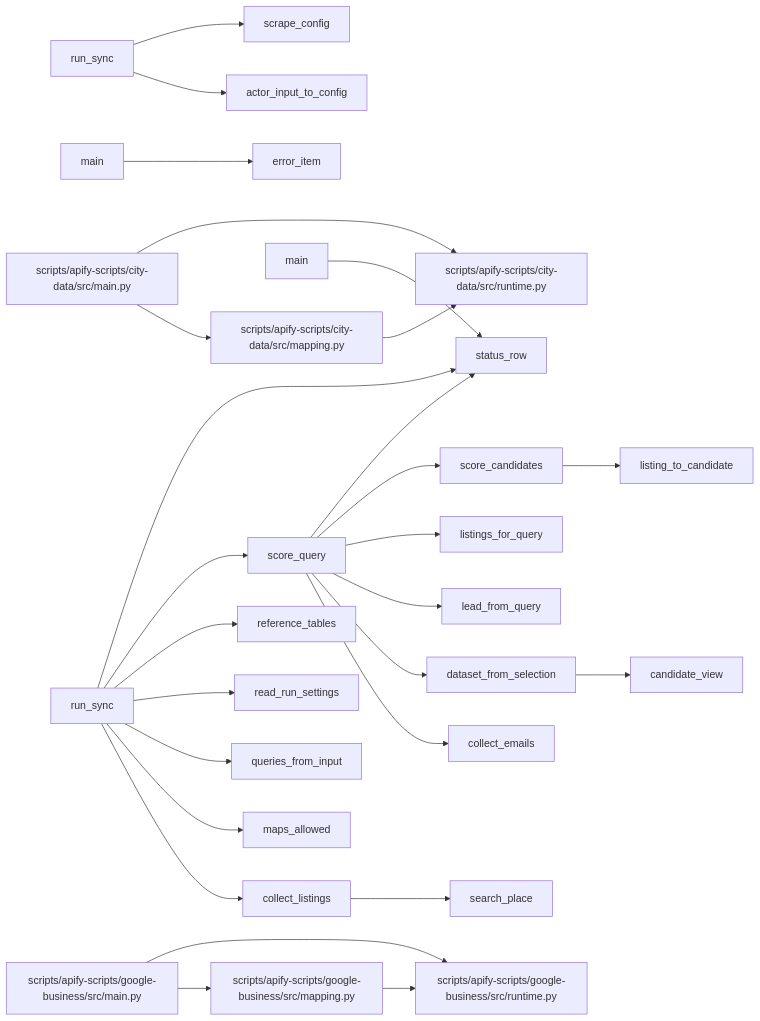
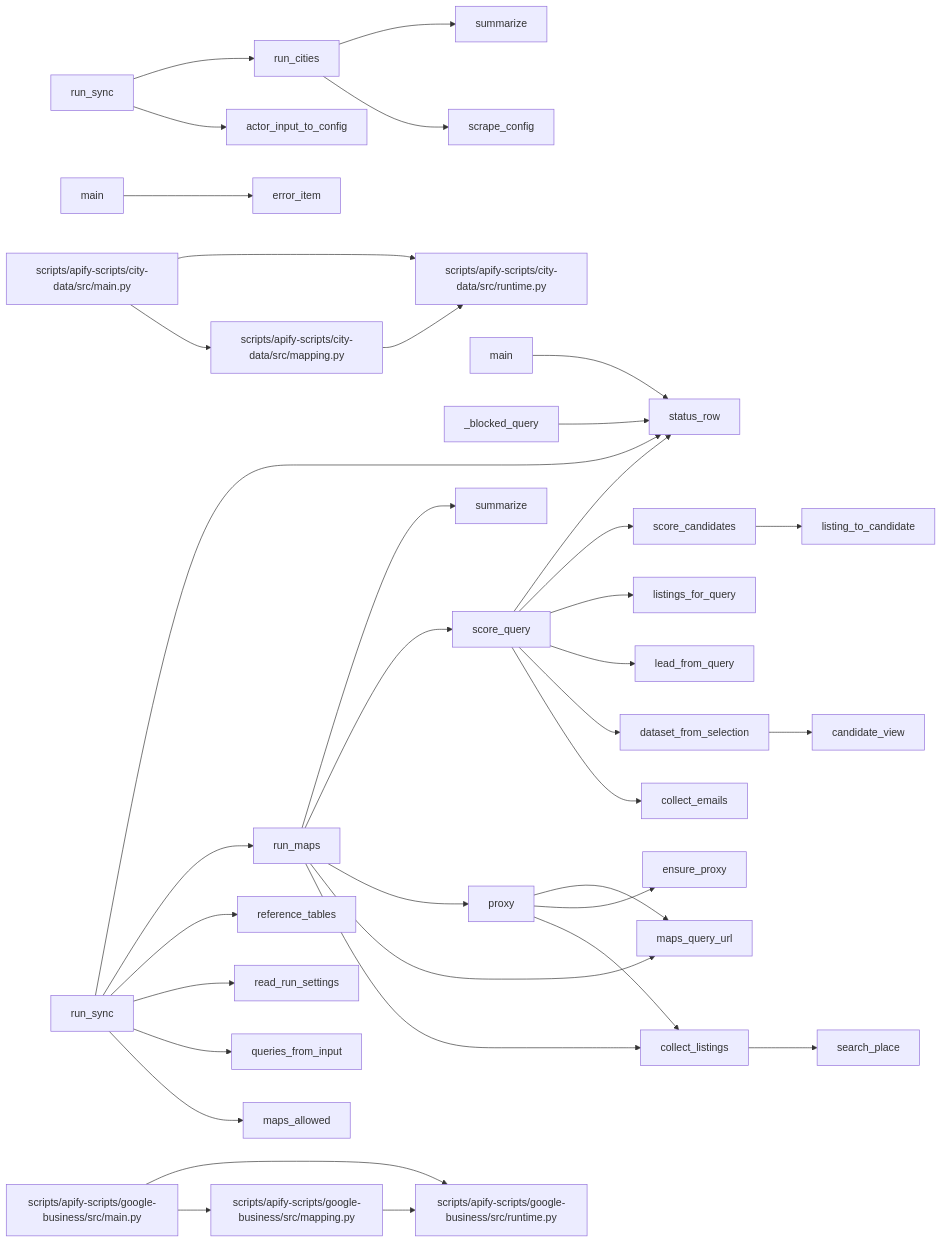
One commit to StaticxViper/cjm-dev changed the diagram in documentation/repo-map/generated/actors.md. Above: the diagram before and after it, drawn with Mermaid.

Commit message:
Update actors.md to enhance flowchart with new mappings and relationships
- Added new mappings for `run_cities`, `summarize`, `ensure_proxy`, and `maps_query_url` in the city data and Google Business sections.
- Updated relationships to reflect changes in the flow of data between scripts, improving clarity and functionality of the actor interactions.
- Enhanced the overall structure of the flowchart for better visualization of actor dependencies.

````diff
--- a/documentation/repo-map/generated/actors.md
+++ b/documentation/repo-map/generated/actors.md
@@ -5,57 +5,75 @@
 ```mermaid
 flowchart LR
   scripts_apify_scripts_city_data_src_main_py["scripts/apify-scripts/city-data/src/main.py"]
   scripts_apify_scripts_city_data_src_main_py_main["main"]
   scripts_apify_scripts_city_data_src_main_py_run_sync["run_sync"]
   scripts_apify_scripts_city_data_src_mapping_py["scripts/apify-scripts/city-data/src/mapping.py"]
   scripts_apify_scripts_city_data_src_mapping_py_actor_input_to_config["actor_input_to_config"]
   scripts_apify_scripts_city_data_src_mapping_py_error_item["error_item"]
+  scripts_apify_scripts_city_data_src_mapping_py_run_cities["run_cities"]
   scripts_apify_scripts_city_data_src_mapping_py_scrape_config["scrape_config"]
+  scripts_apify_scripts_city_data_src_mapping_py_summarize["summarize"]
   scripts_apify_scripts_city_data_src_runtime_py["scripts/apify-scripts/city-data/src/runtime.py"]
   scripts_apify_scripts_google_business_src_main_py["scripts/apify-scripts/google-business/src/main.py"]
   scripts_apify_scripts_google_business_src_main_py_main["main"]
   scripts_apify_scripts_google_business_src_main_py_run_sync["run_sync"]
   scripts_apify_scripts_google_business_src_mapping_py["scripts/apify-scripts/google-business/src/mapping.py"]
+  scripts_apify_scripts_google_business_src_mapping_py__blocked_query["_blocked_query"]
   scripts_apify_scripts_google_business_src_mapping_py_candidate_view["candidate_view"]
   scripts_apify_scripts_google_business_src_mapping_py_collect_emails["collect_emails"]
   scripts_apify_scripts_google_business_src_mapping_py_collect_listings["collect_listings"]
   scripts_apify_scripts_google_business_src_mapping_py_dataset_from_selection["dataset_from_selection"]
+  scripts_apify_scripts_google_business_src_mapping_py_ensure_proxy["ensure_proxy"]
   scripts_apify_scripts_google_business_src_mapping_py_lead_from_query["lead_from_query"]
   scripts_apify_scripts_google_business_src_mapping_py_listing_to_candidate["listing_to_candidate"]
   scripts_apify_scripts_google_business_src_mapping_py_listings_for_query["listings_for_query"]
   scripts_apify_scripts_google_business_src_mapping_py_maps_allowed["maps_allowed"]
+  scripts_apify_scripts_google_business_src_mapping_py_maps_query_url["maps_query_url"]
+  scripts_apify_scripts_google_business_src_mapping_py_proxy["proxy"]
   scripts_apify_scripts_google_business_src_mapping_py_queries_from_input["queries_from_input"]
   scripts_apify_scripts_google_business_src_mapping_py_read_run_settings["read_run_settings"]
   scripts_apify_scripts_google_business_src_mapping_py_reference_tables["reference_tables"]
+  scripts_apify_scripts_google_business_src_mapping_py_run_maps["run_maps"]
   scripts_apify_scripts_google_business_src_mapping_py_score_candidates["score_candidates"]
   scripts_apify_scripts_google_business_src_mapping_py_score_query["score_query"]
   scripts_apify_scripts_google_business_src_mapping_py_search_place["search_place"]
   scripts_apify_scripts_google_business_src_mapping_py_status_row["status_row"]
+  scripts_apify_scripts_google_business_src_mapping_py_summarize["summarize"]
   scripts_apify_scripts_google_business_src_runtime_py["scripts/apify-scripts/google-business/src/runtime.py"]
   scripts_apify_scripts_city_data_src_main_py --> scripts_apify_scripts_city_data_src_mapping_py
   scripts_apify_scripts_city_data_src_main_py --> scripts_apify_scripts_city_data_src_runtime_py
   scripts_apify_scripts_city_data_src_mapping_py --> scripts_apify_scripts_city_data_src_runtime_py
   scripts_apify_scripts_google_business_src_main_py --> scripts_apify_scripts_google_business_src_mapping_py
   scripts_apify_scripts_google_business_src_main_py --> scripts_apify_scripts_google_business_src_runtime_py
   scripts_apify_scripts_google_business_src_mapping_py --> scripts_apify_scripts_google_business_src_runtime_py
   scripts_apify_scripts_city_data_src_main_py_main --> scripts_apify_scripts_city_data_src_mapping_py_error_item
   scripts_apify_scripts_city_data_src_main_py_run_sync --> scripts_apify_scripts_city_data_src_mapping_py_actor_input_to_config
-  scripts_apify_scripts_city_data_src_main_py_run_sync --> scripts_apify_scripts_city_data_src_mapping_py_scrape_config
+  scripts_apify_scripts_city_data_src_main_py_run_sync --> scripts_apify_scripts_city_data_src_mapping_py_run_cities
   scripts_apify_scripts_google_business_src_main_py_main --> scripts_apify_scripts_google_business_src_mapping_py_status_row
-  scripts_apify_scripts_google_business_src_main_py_run_sync --> scripts_apify_scripts_google_business_src_mapping_py_collect_listings
   scripts_apify_scripts_google_business_src_main_py_run_sync --> scripts_apify_scripts_google_business_src_mapping_py_maps_allowed
   scripts_apify_scripts_google_business_src_main_py_run_sync --> scripts_apify_scripts_google_business_src_mapping_py_queries_from_input
   scripts_apify_scripts_google_business_src_main_py_run_sync --> scripts_apify_scripts_google_business_src_mapping_py_read_run_settings
   scripts_apify_scripts_google_business_src_main_py_run_sync --> scripts_apify_scripts_google_business_src_mapping_py_reference_tables
-  scripts_apify_scripts_google_business_src_main_py_run_sync --> scripts_apify_scripts_google_business_src_mapping_py_score_query
+  scripts_apify_scripts_google_business_src_main_py_run_sync --> scripts_apify_scripts_google_business_src_mapping_py_run_maps
   scripts_apify_scripts_google_business_src_main_py_run_sync --> scripts_apify_scripts_google_business_src_mapping_py_status_row
+  scripts_apify_scripts_city_data_src_mapping_py_run_cities --> scripts_apify_scripts_city_data_src_mapping_py_scrape_config
+  scripts_apify_scripts_city_data_src_mapping_py_run_cities --> scripts_apify_scripts_city_data_src_mapping_py_summarize
+  scripts_apify_scripts_google_business_src_mapping_py__blocked_query --> scripts_apify_scripts_google_business_src_mapping_py_status_row
   scripts_apify_scripts_google_business_src_mapping_py_collect_listings --> scripts_apify_scripts_google_business_src_mapping_py_search_place
   scripts_apify_scripts_google_business_src_mapping_py_dataset_from_selection --> scripts_apify_scripts_google_business_src_mapping_py_candidate_view
+  scripts_apify_scripts_google_business_src_mapping_py_proxy --> scripts_apify_scripts_google_business_src_mapping_py_collect_listings
+  scripts_apify_scripts_google_business_src_mapping_py_proxy --> scripts_apify_scripts_google_business_src_mapping_py_ensure_proxy
+  scripts_apify_scripts_google_business_src_mapping_py_proxy --> scripts_apify_scripts_google_business_src_mapping_py_maps_query_url
+  scripts_apify_scripts_google_business_src_mapping_py_run_maps --> scripts_apify_scripts_google_business_src_mapping_py_collect_listings
+  scripts_apify_scripts_google_business_src_mapping_py_run_maps --> scripts_apify_scripts_google_business_src_mapping_py_maps_query_url
+  scripts_apify_scripts_google_business_src_mapping_py_run_maps --> scripts_apify_scripts_google_business_src_mapping_py_proxy
+  scripts_apify_scripts_google_business_src_mapping_py_run_maps --> scripts_apify_scripts_google_business_src_mapping_py_score_query
+  scripts_apify_scripts_google_business_src_mapping_py_run_maps --> scripts_apify_scripts_google_business_src_mapping_py_summarize
   scripts_apify_scripts_google_business_src_mapping_py_score_candidates --> scripts_apify_scripts_google_business_src_mapping_py_listing_to_candidate
   scripts_apify_scripts_google_business_src_mapping_py_score_query --> scripts_apify_scripts_google_business_src_mapping_py_collect_emails
   scripts_apify_scripts_google_business_src_mapping_py_score_query --> scripts_apify_scripts_google_business_src_mapping_py_dataset_from_selection
   scripts_apify_scripts_google_business_src_mapping_py_score_query --> scripts_apify_scripts_google_business_src_mapping_py_lead_from_query
   scripts_apify_scripts_google_business_src_mapping_py_score_query --> scripts_apify_scripts_google_business_src_mapping_py_listings_for_query
   scripts_apify_scripts_google_business_src_mapping_py_score_query --> scripts_apify_scripts_google_business_src_mapping_py_score_candidates
   scripts_apify_scripts_google_business_src_mapping_py_score_query --> scripts_apify_scripts_google_business_src_mapping_py_status_row
 ```
````
